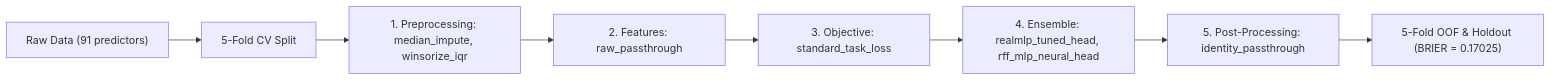
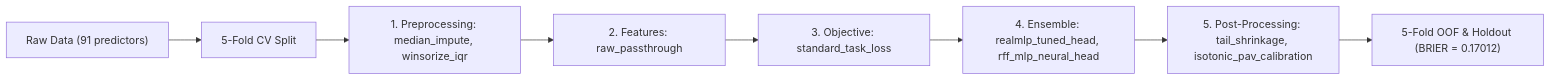
The diagram in README.md (stefanoclss/March-Machine-Learning-Mania-2026), drawn with Mermaid before and after one commit. The commit also changed other lines of this file, not shown here.

First line of the commit message:
docs(readme): refresh verified OOF benchmark & build ledger (BRIER=0.17012)

````diff
--- a/README.md
+++ b/README.md
@@ -71,10 +72,10 @@
 ```mermaid
 flowchart LR
     DATA["Raw Data (91 predictors)"] --> SPLIT["5-Fold CV Split"]
     SPLIT --> PRE["1. Preprocessing: median_impute, winsorize_iqr"]
     PRE --> FEAT["2. Features: raw_passthrough"]
     FEAT --> OBJ["3. Objective: standard_task_loss"]
     OBJ --> M0["4. Ensemble: realmlp_tuned_head, rff_mlp_neural_head"]
-    M0 --> POST["5. Post-Processing: identity_passthrough"]
-    POST --> OUT["5-Fold OOF & Holdout (BRIER = 0.17025)"]
+    M0 --> POST["5. Post-Processing: tail_shrinkage, isotonic_pav_calibration"]
+    POST --> OUT["5-Fold OOF & Holdout (BRIER = 0.17012)"]
 ```
````
